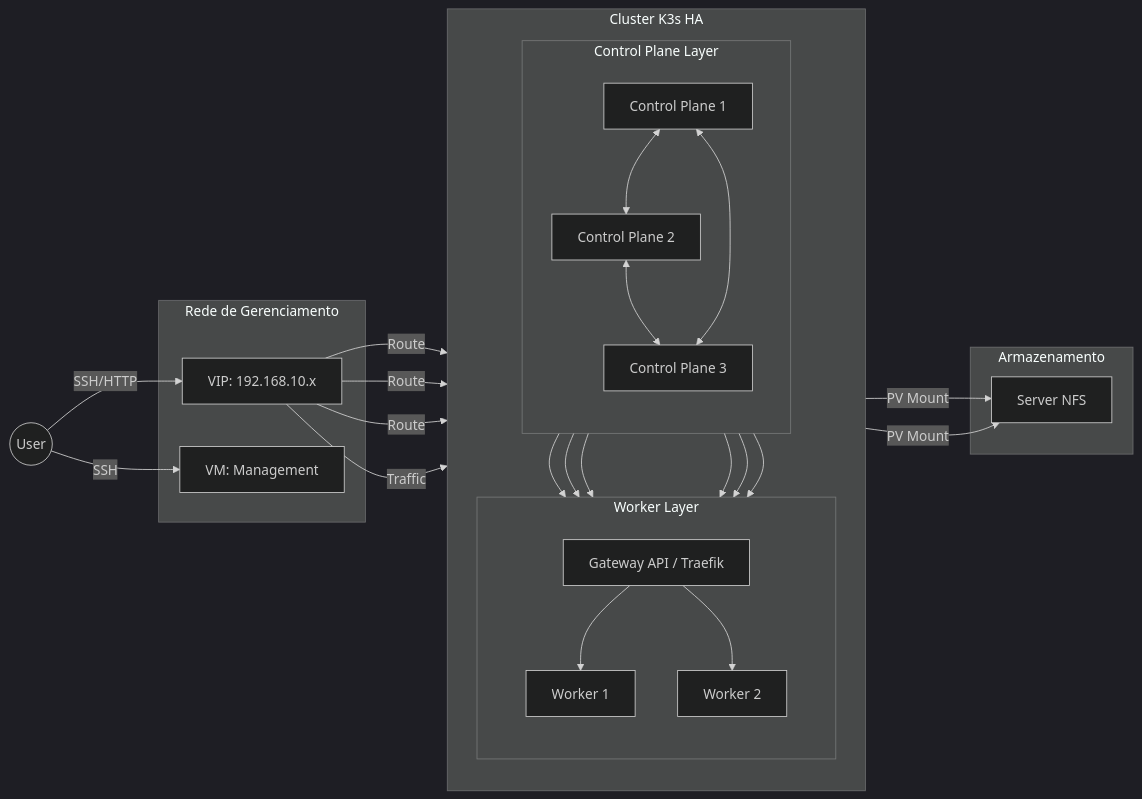
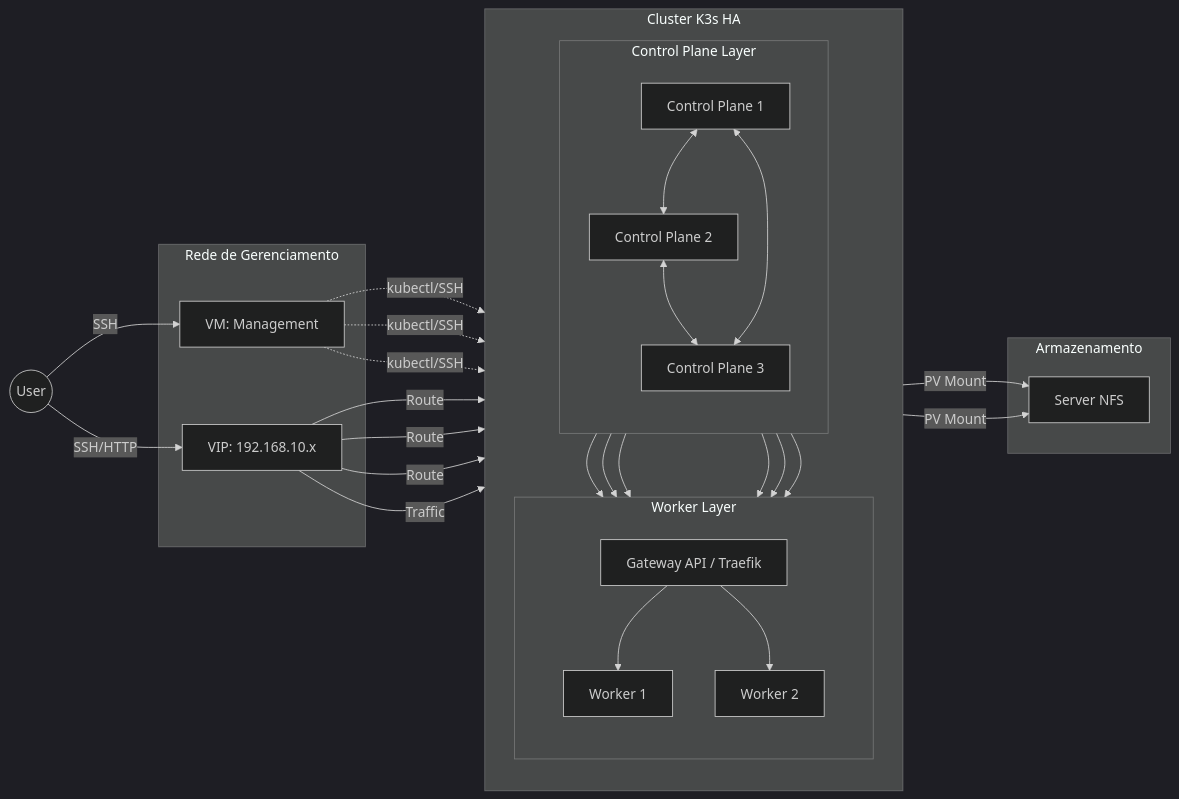
One commit to hugllaslima/proxmox-ve-automation changed the diagram in scripts-k3s-kubernetes-v2/README.md. Above: the diagram before and after it, drawn with Mermaid (dark theme).

Commit message:
K3s na 'Versão 2' - Testado e Homologado

````diff
--- a/scripts-k3s-kubernetes-v2/README.md
+++ b/scripts-k3s-kubernetes-v2/README.md
@@ -71,41 +71,42 @@
 ```mermaid
 graph LR
     User((User)) -->|SSH/HTTP| MetalLB
     User -->|SSH| Management
+    Management -.->|kubectl/SSH| CP1 & CP2 & CP3
     
     subgraph Management_Net [Rede de Gerenciamento]
         Management[VM: Management]
         MetalLB[VIP: 192.168.10.x]
     end
 
     subgraph Cluster_K3s [Cluster K3s HA]
         direction TB
         
         subgraph Control_Plane [Control Plane Layer]
             direction TB
             CP1[Control Plane 1] <--> CP2[Control Plane 2]
             CP2 <--> CP3[Control Plane 3]
             CP3 <--> CP1
         end
 
         subgraph Data_Plane [Worker Layer]
             direction TB
             Worker1[Worker 1]
             Worker2[Worker 2]
             Gateway[Gateway API / Traefik]
         end
         
         MetalLB -->|Route| CP1 & CP2 & CP3
         
         CP1 & CP2 & CP3 --> Worker1 & Worker2
         
         Gateway --> Worker1 & Worker2
         MetalLB -->|Traffic| Gateway
     end
 
     subgraph Storage [Armazenamento]
         NFS[Server NFS]
     end
 
     Worker1 & Worker2 -->|PV Mount| NFS
 ```
````
